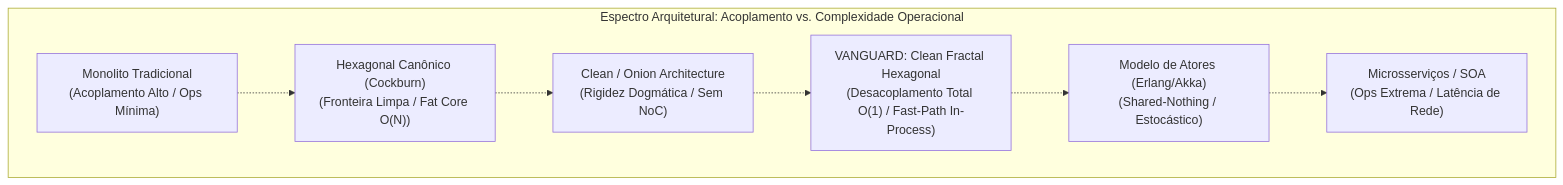
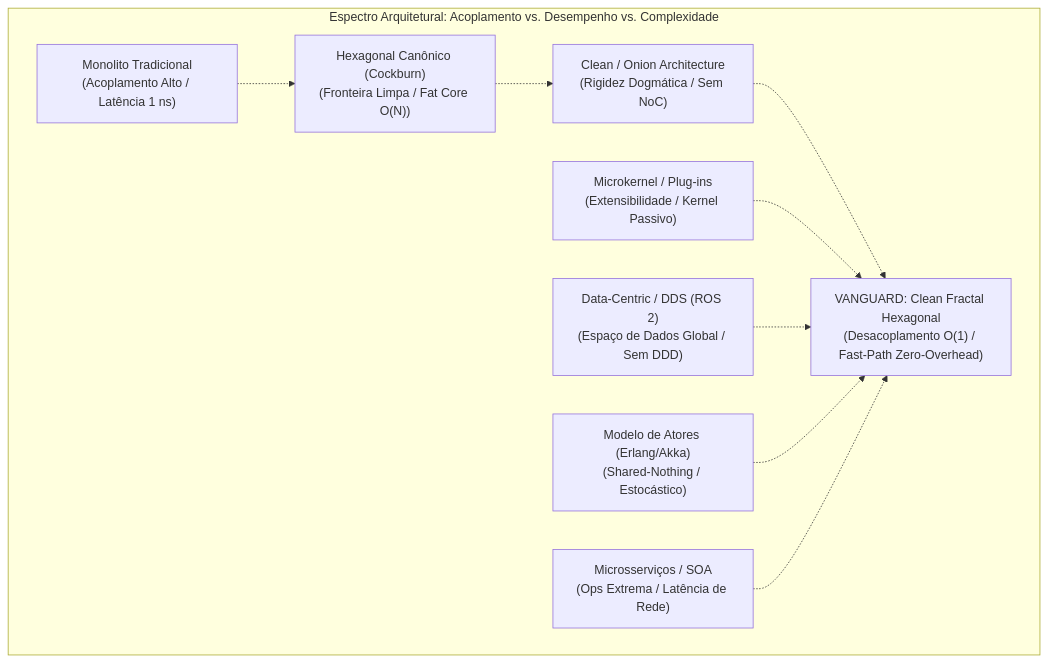
The first of 5 diagrams in docs/architecture/comparative_and_automation.md (Rj-mwe/brazilian-rps-sim), drawn with Mermaid before and after one commit. The commit also changed other lines of this file and 2 other files, not shown here.

Commit message:
docs(architecture): aprofundar comparativo arquitetural, documentar NoC de latencia zero e Triade Vanguard (Tests, Evals, Audits)

````diff
--- a/docs/architecture/comparative_and_automation.md
+++ b/docs/architecture/comparative_and_automation.md
@@ -25,17 +27,21 @@
 ```mermaid
 graph TD
-    subgraph "Espectro Arquitetural: Acoplamento vs. Complexidade Operacional"
-        MONO["Monolito Tradicional<br/>(Acoplamento Alto / Ops Mínima)"]
+    subgraph "Espectro Arquitetural: Acoplamento vs. Desempenho vs. Complexidade"
+        MONO["Monolito Tradicional<br/>(Acoplamento Alto / Latência 1 ns)"]
         HEX["Hexagonal Canônico (Cockburn)<br/>(Fronteira Limpa / Fat Core O(N))"]
         CLEAN["Clean / Onion Architecture<br/>(Rigidez Dogmática / Sem NoC)"]
-        FRACTAL["VANGUARD: Clean Fractal Hexagonal<br/>(Desacoplamento Total O(1) / Fast-Path In-Process)"]
+        KERNEL["Microkernel / Plug-ins<br/>(Extensibilidade / Kernel Passivo)"]
+        DDS["Data-Centric / DDS (ROS 2)<br/>(Espaço de Dados Global / Sem DDD)"]
         ACTOR["Modelo de Atores (Erlang/Akka)<br/>(Shared-Nothing / Estocástico)"]
         MICRO["Microsserviços / SOA<br/>(Ops Extrema / Latência de Rede)"]
+        VANGUARD["VANGUARD: Clean Fractal Hexagonal<br/>(Desacoplamento O(1) / Fast-Path Zero-Overhead)"]
     end
     
     MONO -.-> HEX
     HEX -.-> CLEAN
-    CLEAN -.-> FRACTAL
-    FRACTAL -.-> ACTOR
-    ACTOR -.-> MICRO
+    CLEAN -.-> VANGUARD
+    KERNEL -.-> VANGUARD
+    DDS -.-> VANGUARD
+    ACTOR -.-> VANGUARD
+    MICRO -.-> VANGUARD
 ```
````
